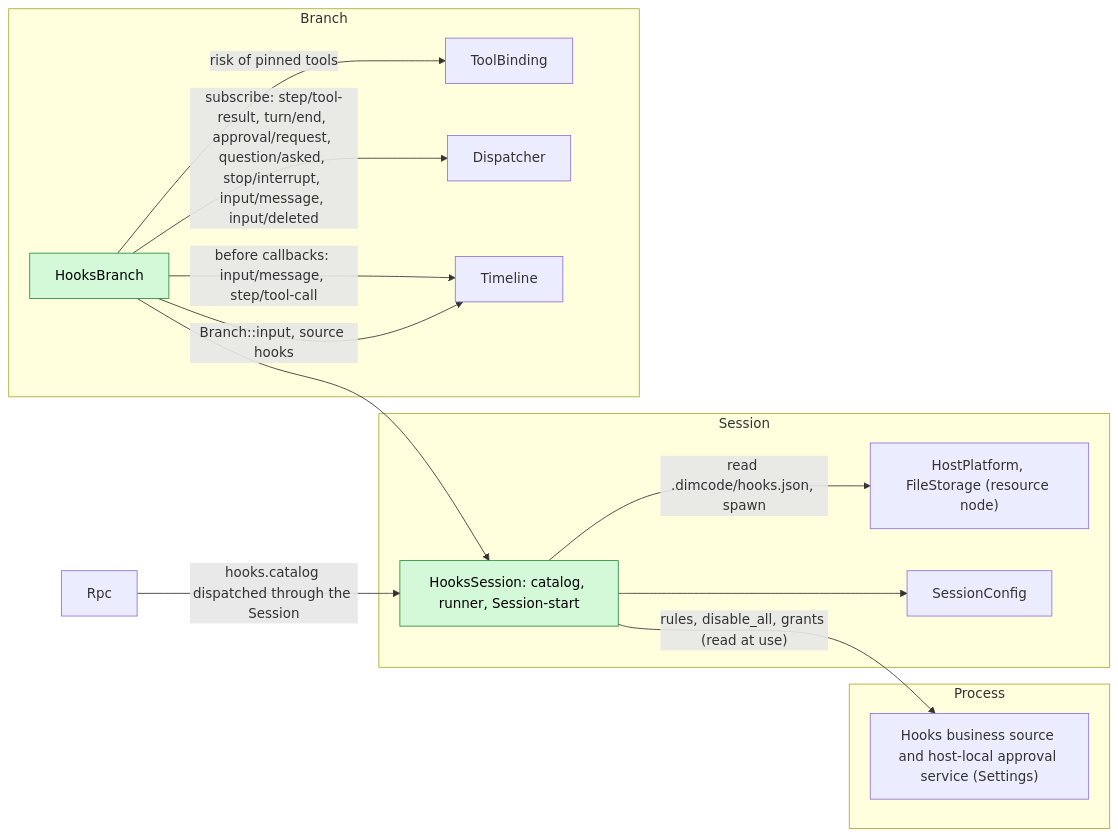
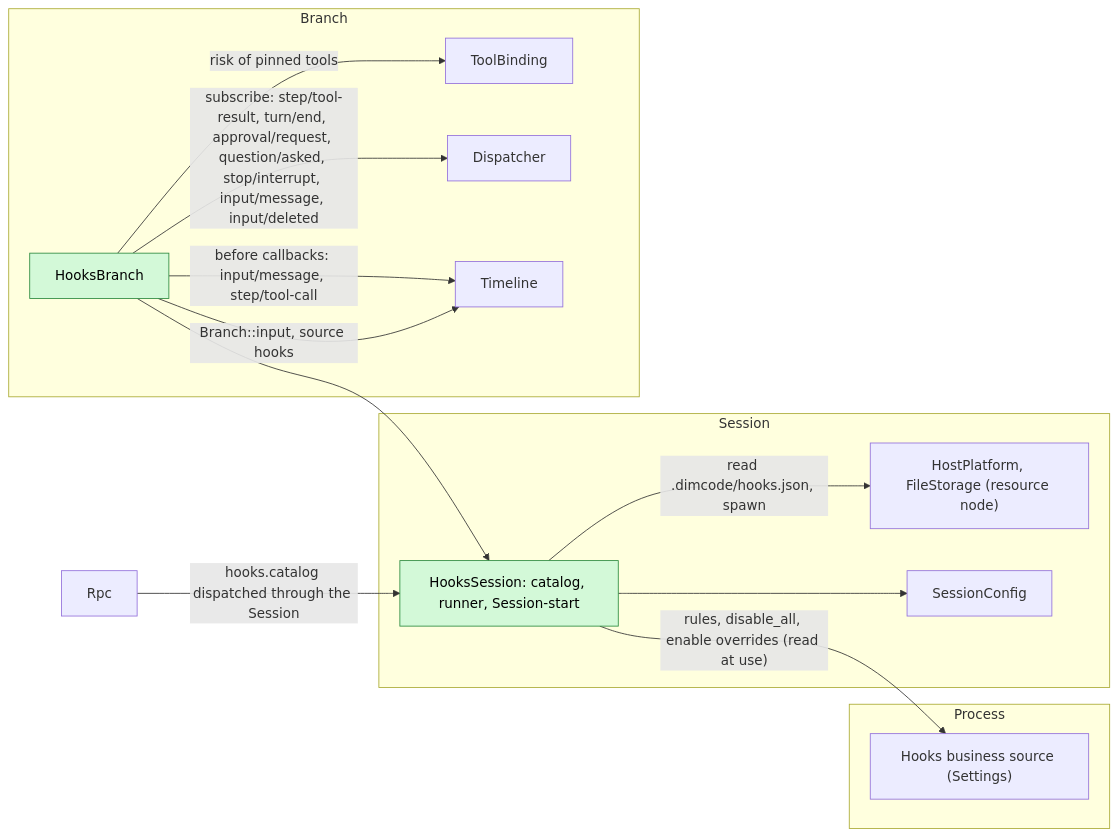
One commit to CoutinhoTTS/dim-agent changed the first of 7 diagrams in docs/design/plugins/Hooks.md. Above: the diagram before and after it, drawn with Mermaid. The commit also changed other lines of this file and 40 other files, not shown here.

First line of the commit message:
docs(design): event-driven Goal, no host-local approval, review fixes

````diff
--- a/docs/design/plugins/Hooks.md
+++ b/docs/design/plugins/Hooks.md
@@ -9,28 +9,28 @@
 ```mermaid
 flowchart LR
   subgraph PROC["Process"]
-    Settings["Hooks business source and host-local approval service (Settings)"]
+    Settings["Hooks business source (Settings)"]
   end
   subgraph SESS["Session"]
     HS["HooksSession: catalog, runner, Session-start"]:::new
     HP["HostPlatform, FileStorage (resource node)"]
     CFG["SessionConfig"]
   end
   subgraph BR["Branch"]
     HB["HooksBranch"]:::new
     TB["ToolBinding"]
     DP["Dispatcher"]
     TL["Timeline"]
   end
   Rpc["Rpc"]
-  HS -->|"rules, disable_all, grants (read at use)"| Settings
+  HS -->|"rules, disable_all, enable overrides (read at use)"| Settings
   HS -->|"read .dimcode/hooks.json, spawn"| HP
   HS --> CFG
   HB --> HS
   HB -->|"before callbacks: input/message, step/tool-call"| TL
   HB -->|"risk of pinned tools"| TB
   HB -->|"subscribe: step/tool-result, turn/end, approval/request, question/asked, stop/interrupt, input/message, input/deleted"| DP
   HB -->|"Branch::input, source hooks"| TL
   Rpc -->|"hooks.catalog dispatched through the Session"| HS
   classDef new fill:#d3f9d8,stroke:#2b8a3e,color:#000
 ```
````
